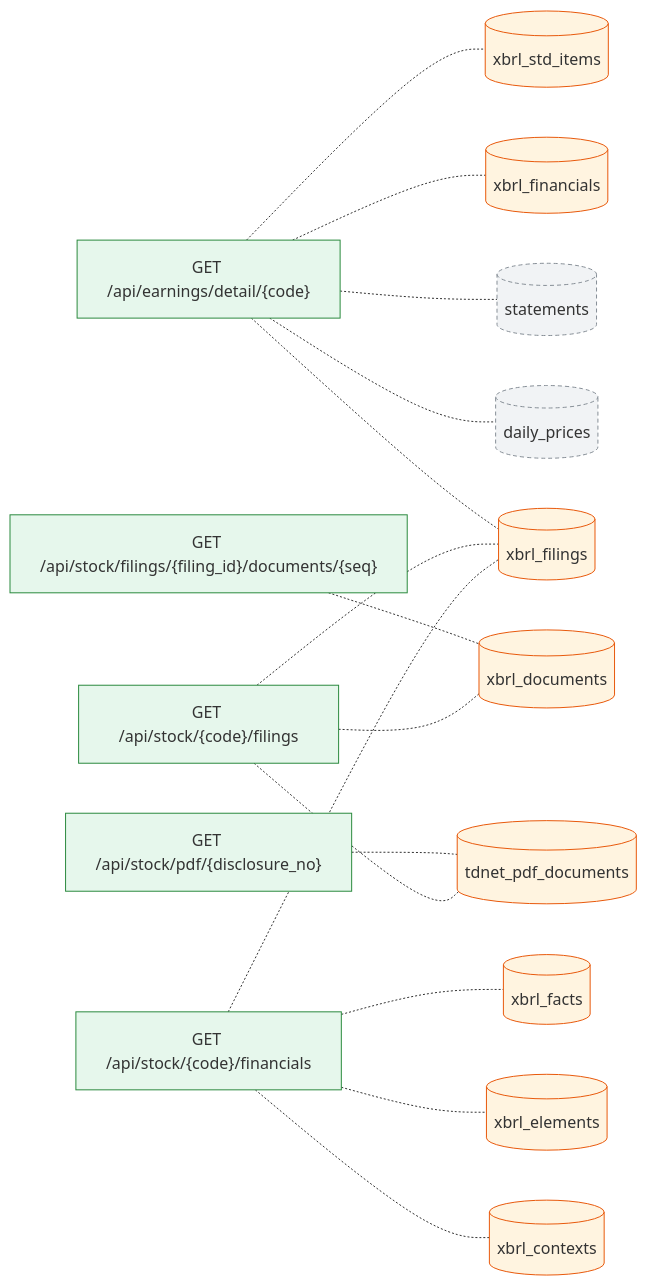
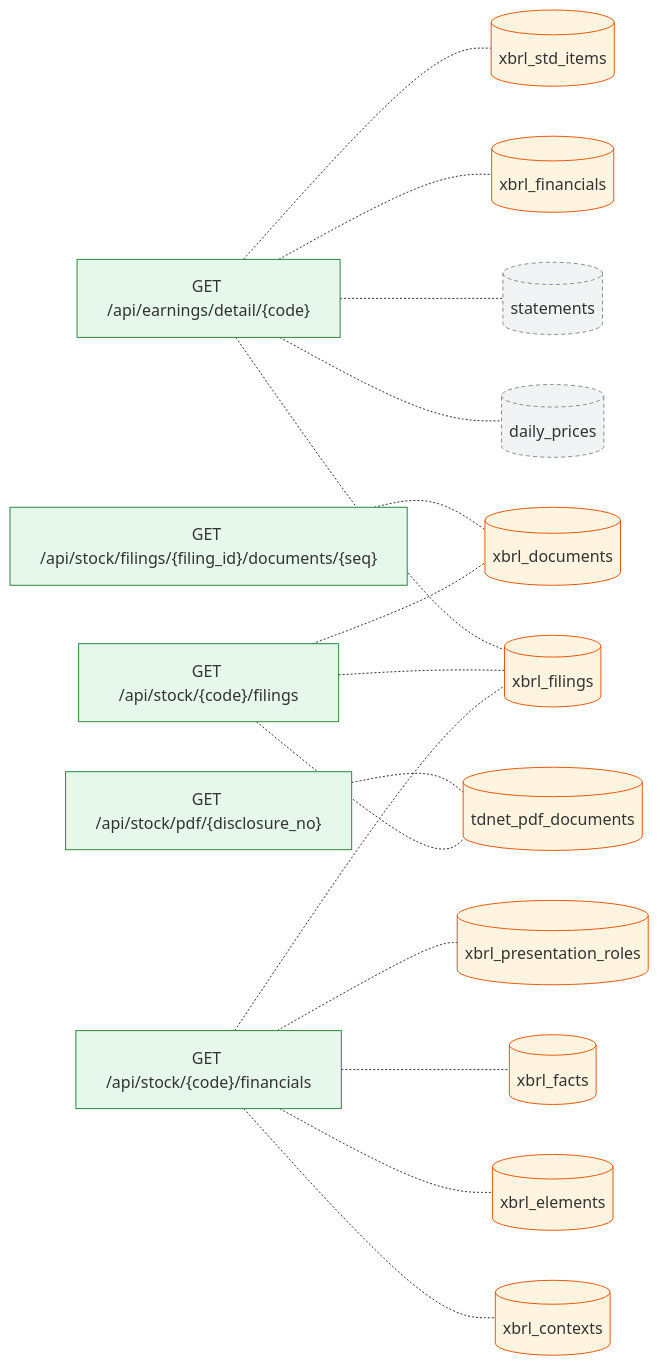
The second of 2 diagrams in docs/dataflow/xbrl.md (pekumirui/stock-analyzer), drawn with Mermaid before and after one commit. The commit also changed other lines of this file and 5 other files, not shown here.

````diff
--- a/docs/dataflow/xbrl.md
+++ b/docs/dataflow/xbrl.md
@@ -88,36 +88,38 @@
 ```mermaid
 flowchart LR
   n0["GET /api/earnings/detail/{code}"]:::api
   n1["GET /api/stock/filings/{filing_id}/documents/{seq}"]:::api
   n2["GET /api/stock/pdf/{disclosure_no}"]:::api
   n3["GET /api/stock/{code}/filings"]:::api
   n4["GET /api/stock/{code}/financials"]:::api
   n5[("daily_prices")]:::ext
   n6[("statements")]:::ext
   n7[("tdnet_pdf_documents")]:::tbl
   n8[("xbrl_contexts")]:::tbl
   n9[("xbrl_documents")]:::tbl
   n10[("xbrl_elements")]:::tbl
   n11[("xbrl_facts")]:::tbl
   n12[("xbrl_filings")]:::tbl
   n13[("xbrl_financials")]:::tbl
-  n14[("xbrl_std_items")]:::tbl
+  n14[("xbrl_presentation_roles")]:::tbl
+  n15[("xbrl_std_items")]:::tbl
   n0 -.- n5
   n0 -.- n6
   n0 -.- n12
   n0 -.- n13
-  n0 -.- n14
+  n0 -.- n15
   n1 -.- n9
   n2 -.- n7
   n3 -.- n7
   n3 -.- n9
   n3 -.- n12
   n4 -.- n8
   n4 -.- n10
   n4 -.- n11
   n4 -.- n12
+  n4 -.- n14
   classDef job fill:#e3ecff,stroke:#3b5bdb
   classDef api fill:#e6f7ec,stroke:#2b8a3e
   classDef tbl fill:#fff4e0,stroke:#e8590c
   classDef ext fill:#f1f3f5,stroke:#868e96,stroke-dasharray:4 3
 ```
````
